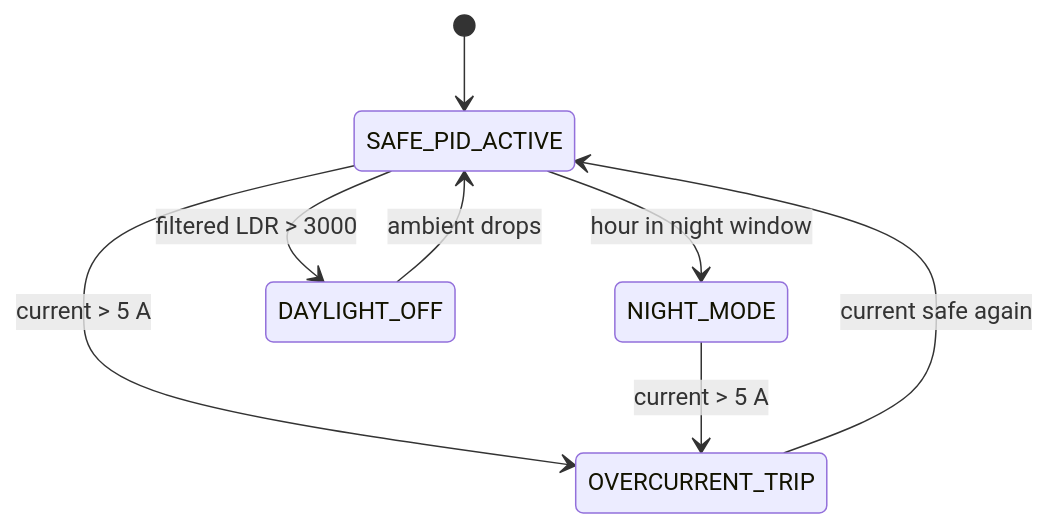
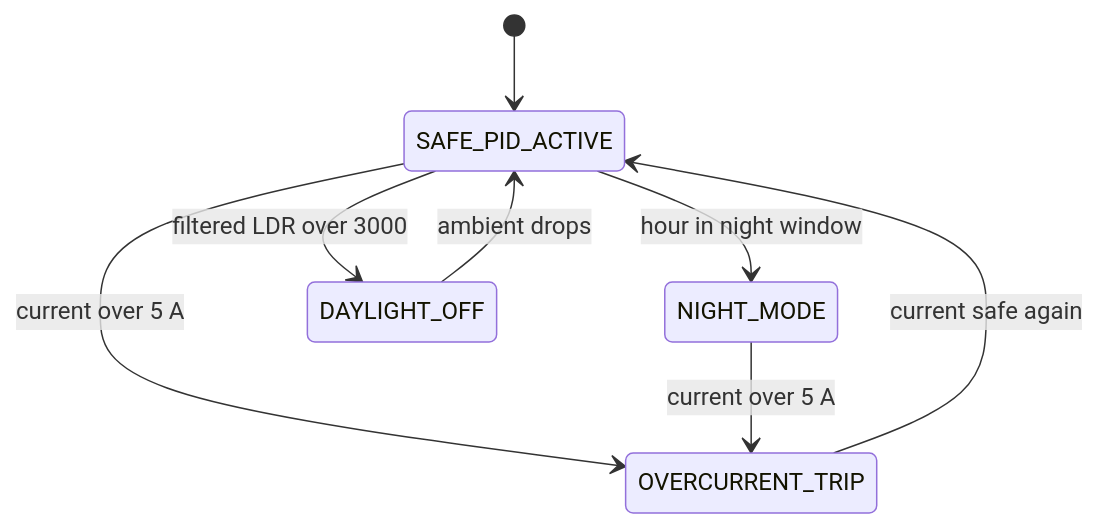
One commit to GifariKemal/anggie-smart-light changed the second of 3 diagrams in docs/ARCHITECTURE.md. Above: the diagram before and after it, drawn with Mermaid. The commit also changed 2 other files, not shown here.

Commit message:
docs: add Download APK badge, harden mermaid diagrams for GitHub render

````diff
--- a/docs/ARCHITECTURE.md
+++ b/docs/ARCHITECTURE.md
@@ -90,10 +90,10 @@
 ```mermaid
 stateDiagram-v2
   [*] --> SAFE_PID_ACTIVE
-  SAFE_PID_ACTIVE --> OVERCURRENT_TRIP: current > 5 A
+  SAFE_PID_ACTIVE --> OVERCURRENT_TRIP: current over 5 A
   SAFE_PID_ACTIVE --> NIGHT_MODE: hour in night window
-  SAFE_PID_ACTIVE --> DAYLIGHT_OFF: filtered LDR > 3000
-  NIGHT_MODE --> OVERCURRENT_TRIP: current > 5 A
+  SAFE_PID_ACTIVE --> DAYLIGHT_OFF: filtered LDR over 3000
+  NIGHT_MODE --> OVERCURRENT_TRIP: current over 5 A
   DAYLIGHT_OFF --> SAFE_PID_ACTIVE: ambient drops
   OVERCURRENT_TRIP --> SAFE_PID_ACTIVE: current safe again
 ```
````
